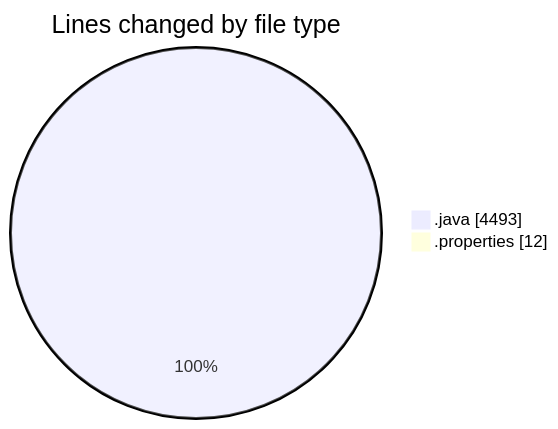
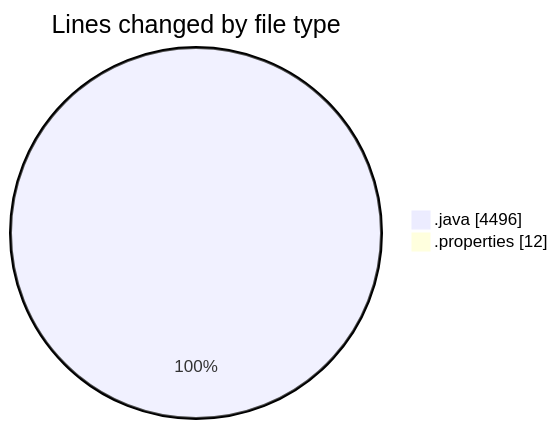
One commit to charlie-sans/code-tracking changed the first of 2 diagrams in 2025-03-18/jmasm/README.md. Above: the diagram before and after it, drawn with Mermaid. The commit also changed other lines of this file and 1 other file, not shown here.

````diff
--- a/2025-03-18/jmasm/README.md
+++ b/2025-03-18/jmasm/README.md
@@ -27,6 +27,6 @@
 ```mermaid
 pie showData
 title Lines changed by file type
-".java" : 4493
+".java" : 4496
 ".properties" : 12
 ```
````
